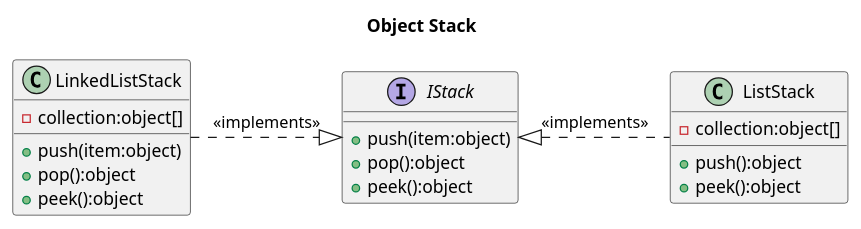
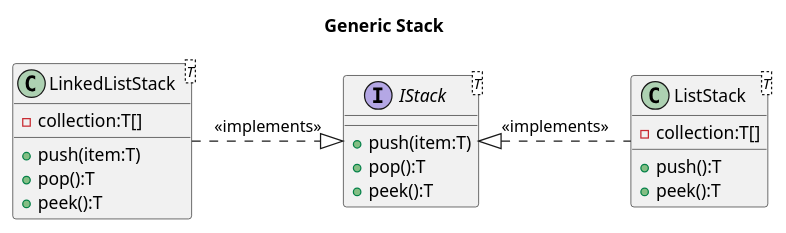
The diagram in UMLs/07_StackApp.wsd (Nurettin-Kaplan/OOPExercises), drawn with PlantUML before and after one commit. The commit also changed 10 other files, not shown here.

Commit message:
The program has been converted to a generic type in the UML diagram.

```diff
--- a/UMLs/07_StackApp.wsd
+++ b/UMLs/07_StackApp.wsd
@@ -1,26 +1,26 @@
 @startuml
-title Object Stack
+title Generic Stack
 
-interface IStack{
-    +push(item:object)
-    +pop():object
-    +peek():object
+interface IStack<T>{
+    +push(item:T)
+    +pop():T
+    +peek():T
 }
 
-class LinkedListStack{
-    -collection:object[]
-    +push(item:object)
-    +pop():object
-    +peek():object
+class LinkedListStack<T>{
+    -collection:T[]
+    +push(item:T)
+    +pop():T
+    +peek():T
 }
 
-class ListStack{
-    -collection:object[]
-    +push():object
-    +peek():object
+class ListStack<T>{
+    -collection:T[]
+    +push():T
+    +peek():T
 }
 
 ListStack -.l-|> IStack : <<implements>>
 LinkedListStack -.r-|> IStack : <<implements>>
 
 @enduml
```
